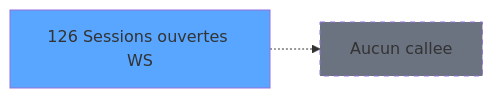
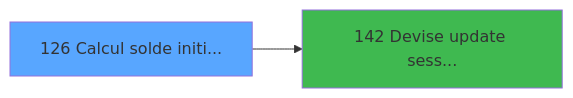
One commit to thonyAGP/lecteur-magic changed the third of 3 diagrams in .openspec/specs/ADH-IDE-126.md. Above: the diagram before and after it, drawn with Mermaid. The commit also changed other lines of this file and 493 other files, not shown here.

````diff
--- a/.openspec/specs/ADH-IDE-126.md
+++ b/.openspec/specs/ADH-IDE-126.md
@@ -163,8 +246,8 @@
 ```mermaid
 graph LR
-    T126[126 Sessions ouvertes WS]
+    T126[126 Calcul solde initi...]
     style T126 fill:#58a6ff
-    NONE[Aucun callee]
-    T126 -.-> NONE
-    style NONE fill:#6b7280,stroke-dasharray: 5 5
+    C142[142 Devise update sess...]
+    T126 --> C142
+    style C142 fill:#3fb950
 ```
````
